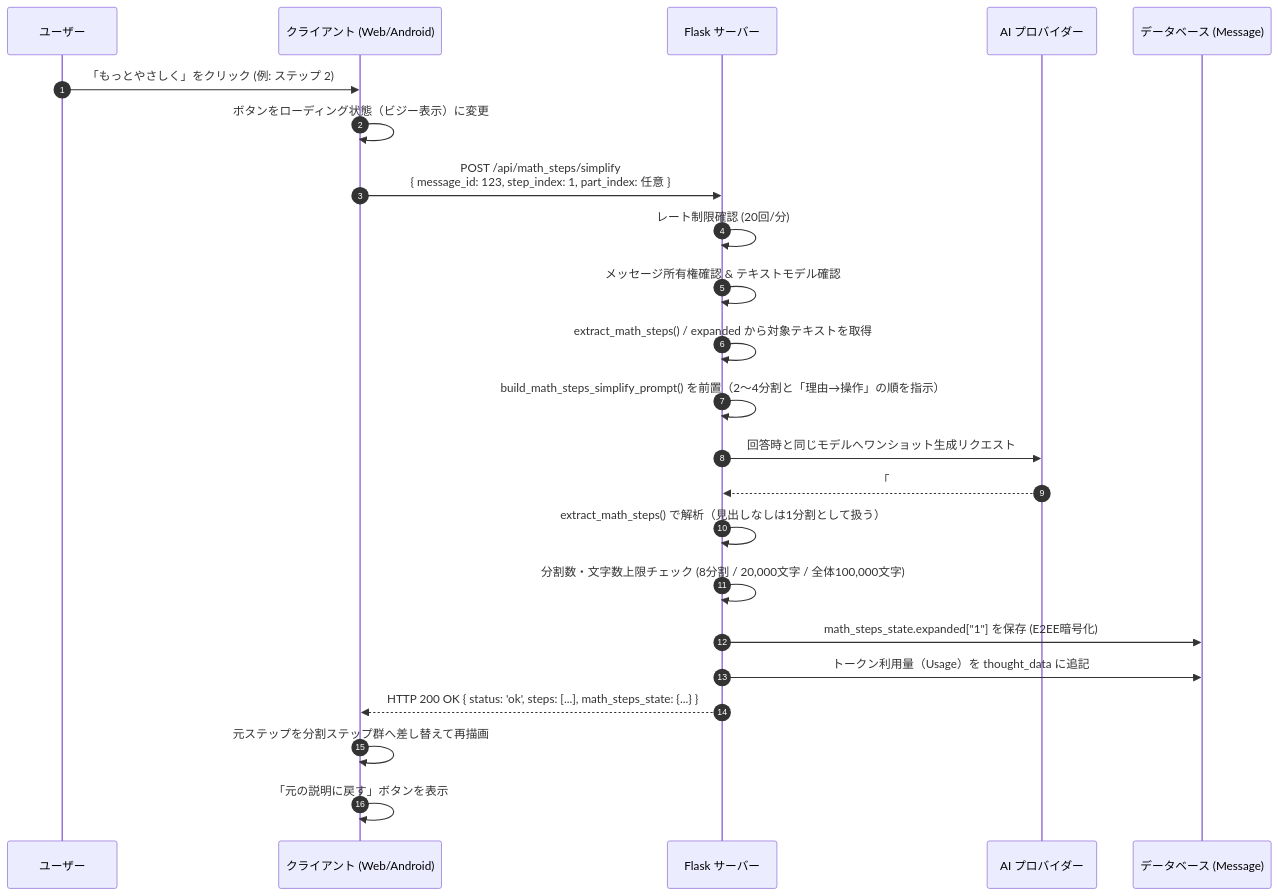
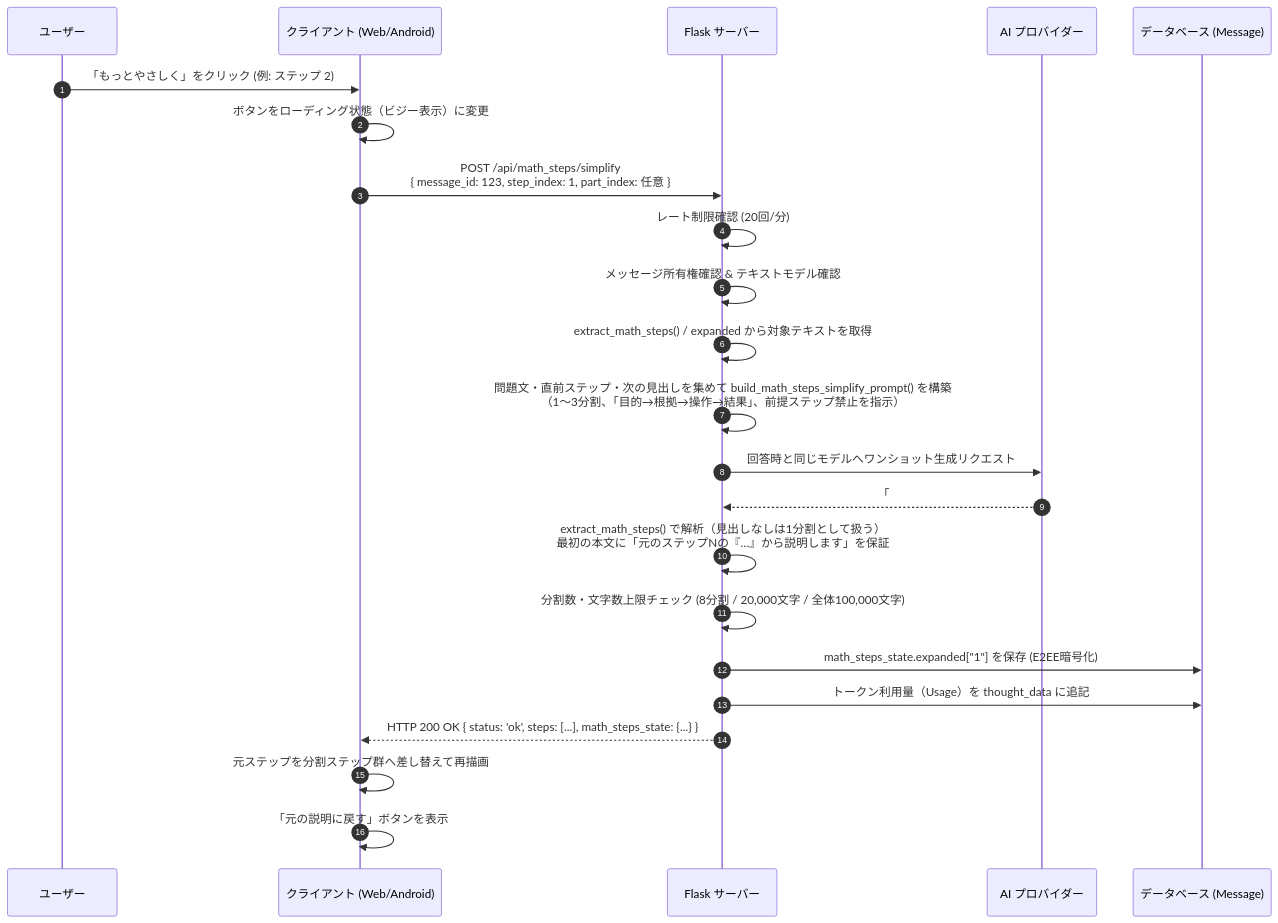
One commit to Minashin1120/ai-playground changed the fourth of 4 diagrams in static/docs/math_steps/architecture.md. Above: the diagram before and after it, drawn with Mermaid. The commit also changed other lines of this file and 30 other files, not shown here.

Commit message:
Make もっとやさしく math steps split into 1-3 steps with context and show the source step

````diff
--- a/static/docs/math_steps/architecture.md
+++ b/static/docs/math_steps/architecture.md
@@ -121,26 +121,26 @@
 ```mermaid
 sequenceDiagram
     autonumber
     participant U as ユーザー
     participant C as クライアント (Web/Android)
     participant S as Flask サーバー
     participant P as AI プロバイダー
     participant D as データベース (Message)
 
     U->>C: 「もっとやさしく」をクリック (例: ステップ 2)
     C->>C: ボタンをローディング状態（ビジー表示）に変更
     C->>S: POST /api/math_steps/simplify<br>{ message_id: 123, step_index: 1, part_index: 任意 }
     S->>S: レート制限確認 (20回/分)
     S->>S: メッセージ所有権確認 & テキストモデル確認
     S->>S: extract_math_steps() / expanded から対象テキストを取得
-    S->>S: build_math_steps_simplify_prompt() を前置（2〜4分割と「理由→操作」の順を指示）
+    S->>S: 問題文・直前ステップ・次の見出しを集めて build_math_steps_simplify_prompt() を構築<br>（1〜3分割、「目的→根拠→操作→結果」、前提ステップ禁止を指示）
     S->>P: 回答時と同じモデルへワンショット生成リクエスト
     P-->>S: 「## ステップ N ...」形式のやさしい複数ステップ
-    S->>S: extract_math_steps() で解析（見出しなしは1分割として扱う）
+    S->>S: extract_math_steps() で解析（見出しなしは1分割として扱う）<br>最初の本文に「元のステップNの『…』から説明します」を保証
     S->>S: 分割数・文字数上限チェック (8分割 / 20,000文字 / 全体100,000文字)
     S->>D: math_steps_state.expanded["1"] を保存 (E2EE暗号化)
     S->>D: トークン利用量（Usage）を thought_data に追記
     S-->>C: HTTP 200 OK { status: 'ok', steps: [...], math_steps_state: {...} }
     C->>C: 元ステップを分割ステップ群へ差し替えて再描画
     C->>C: 「元の説明に戻す」ボタンを表示
 ```
````
